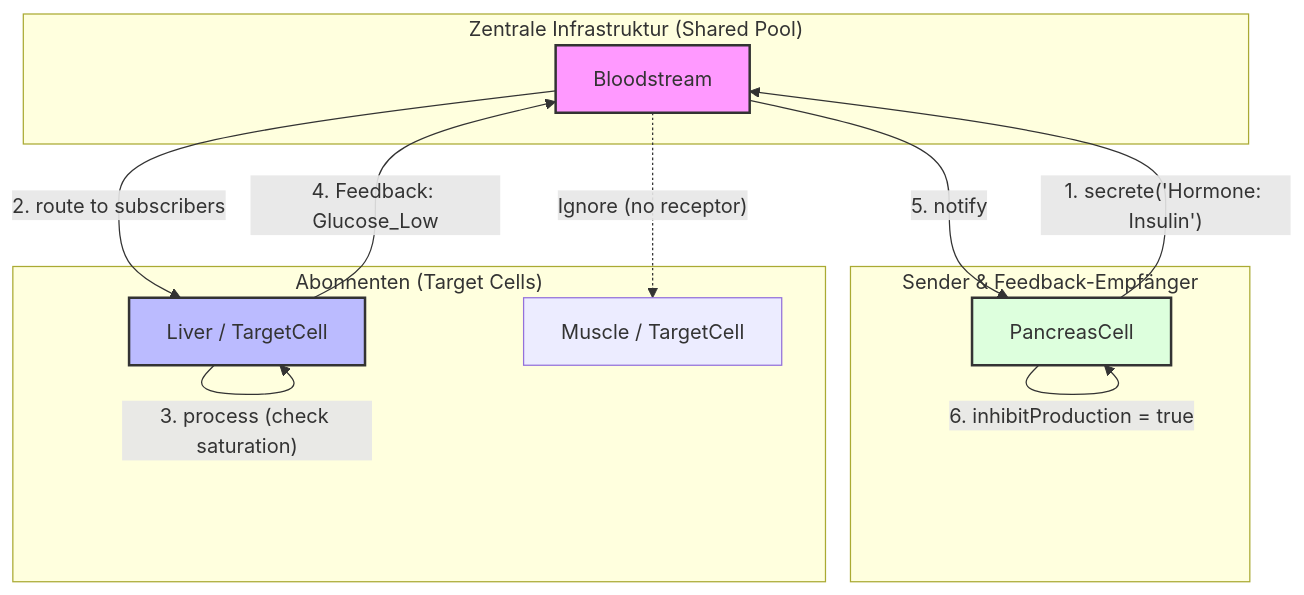
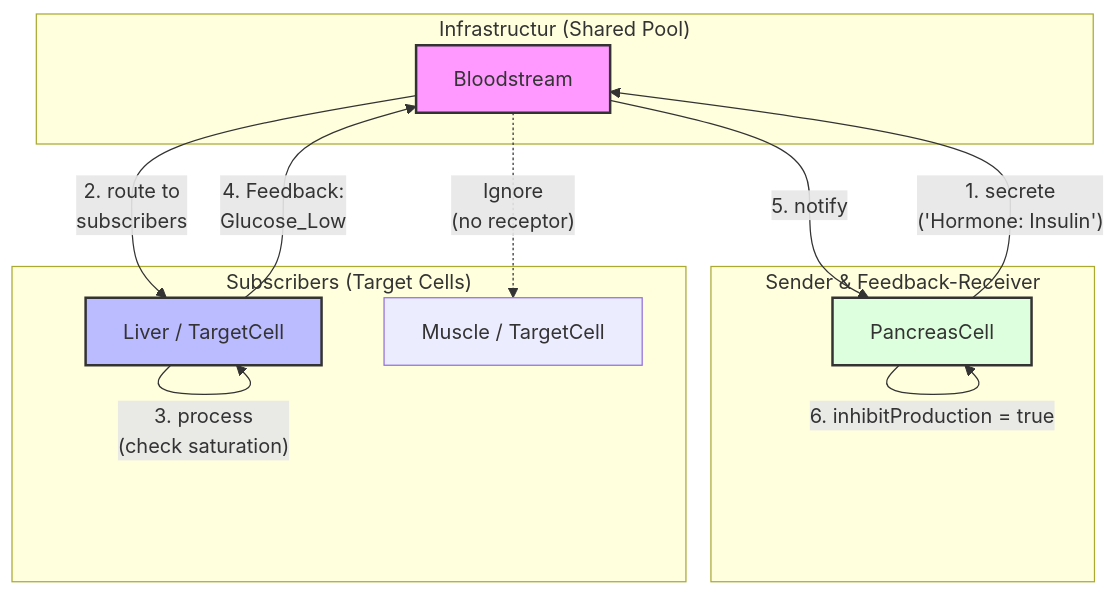
One commit to andreas-wagner-dev/object-oriented-learning-journey changed the fifth of 5 diagrams in blog/000_oop_vision.md. Above: the diagram before and after it, drawn with Mermaid. The commit also changed other lines of this file, not shown here.

````diff
--- a/blog/000_oop_vision.md
+++ b/blog/000_oop_vision.md
@@ -248,36 +253,36 @@
 ```mermaid
 graph TD
-    subgraph "Zentrale Infrastruktur (Shared Pool)"
+    subgraph "Infrastructur (Shared Pool)"
         B[Bloodstream]
     end
 
-    subgraph "Sender & Feedback-Empfänger"
+    subgraph "Sender & Feedback-Receiver"
         P[PancreasCell]
     end
 
-    subgraph "Abonnenten (Target Cells)"
+    subgraph "Subscribers (Target Cells)"
         L[Liver / TargetCell]
         M[Muscle / TargetCell]
     end
 
-    %% Initialer Fluss
-    P -- "1. secrete('Hormone: Insulin')" --> B
+    %% Initial Flow
+    P -- "1. secrete<br/>('Hormone: Insulin')" --> B
     
     %% Routing
-    B -- "2. route to subscribers" --> L
-    B -. "Ignore (no receptor)" .-> M
+    B -- "2. route to<br/>subscribers" --> L
+    B -. "Ignore<br/>(no receptor)" .-> M
 
-    %% Interner Prozess & Sättigung
-    L -- "3. process (check saturation)" --> L
+    %% Internal Process & Saturation
+    L -- "3. process<br/>(check saturation)" --> L
 
     %% Feedback Loop
-    L -- "4. Feedback: Glucose_Low" --> B
+    L -- "4. Feedback:<br/>Glucose_Low" --> B
     B -- "5. notify" --> P
     
-    %% Statusänderung
+    %% State Change
     P -- "6. inhibitProduction = true" --> P
 
     style B fill:#f9f,stroke:#333,stroke-width:2px
     style L fill:#bbf,stroke:#333,stroke-width:2px
     style P fill:#dfd,stroke:#333,stroke-width:2px
 ```
````
